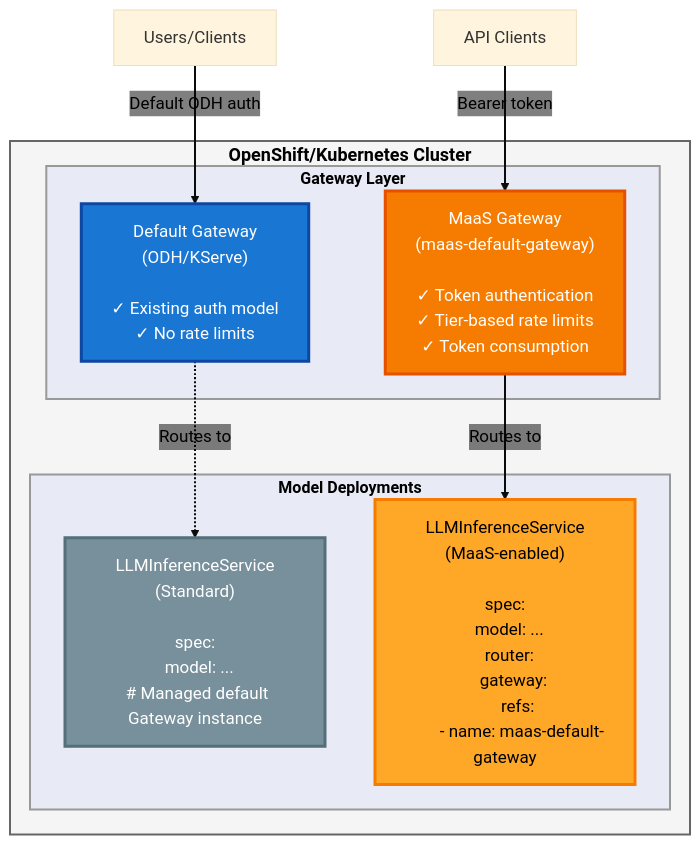
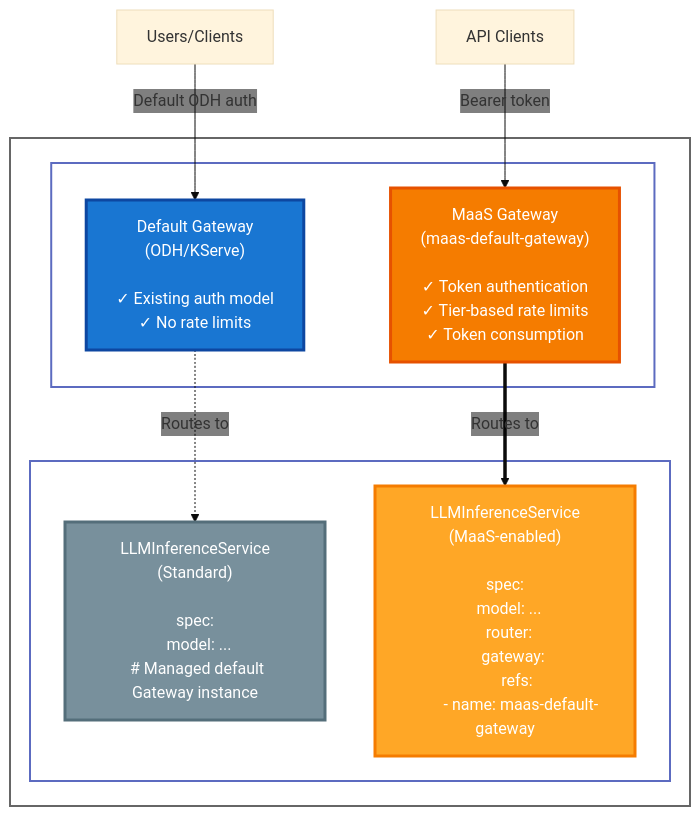
The diagram in docs/content/configuration-and-management/model-setup.md (opendatahub-io/maas-billing), drawn with Mermaid before and after one commit.

Commit message:
Address comments

````diff
--- a/docs/content/configuration-and-management/model-setup.md
+++ b/docs/content/configuration-and-management/model-setup.md
@@ -9,33 +9,29 @@
 ```mermaid
-%%{init: {'theme':'base', 'themeVariables': { 'fontSize':'17px', 'fontFamily':'system-ui, -apple-system, sans-serif', 'clusterBkg':'#f5f5f5', 'clusterBorder':'#666', 'edgeLabelBackground':'transparent', 'labelBackground':'transparent', 'tertiaryColor':'transparent'}}}%%
+%%{init: {'theme':'base', 'themeVariables': { 'fontSize':'16px', 'fontFamily':'system-ui, -apple-system, sans-serif', 'edgeLabelBackground':'transparent', 'labelBackground':'transparent', 'tertiaryColor':'transparent'}}}%%
 graph TB
-    subgraph cluster["<span style='font-size:18px;font-weight:700;color:#000'>OpenShift/Kubernetes Cluster</span>"]
-        subgraph gateways["<span style='font-size:16px;font-weight:600;color:#000'>Gateway Layer</span>"]
+    subgraph cluster["OpenShift/K8s Cluster"]
+        subgraph gateways["Gateway Layer"]
             defaultGW["Default Gateway<br/>(ODH/KServe)<br/><br/>✓ Existing auth model<br/>✓ No rate limits<br/>"]
             maasGW["MaaS Gateway<br/>(maas-default-gateway)<br/><br/>✓ Token authentication<br/>✓ Tier-based rate limits<br/>✓ Token consumption "]
         end
 
-        subgraph models["<span style='font-size:16px;font-weight:600;color:#000'>Model Deployments</span>"]
+        subgraph models["Model Deployments"]
             standardModel["LLMInferenceService<br/>(Standard)<br/><br/>spec:<br/>  model: ...<br/>  # Managed default Gateway instance"]
             maasModel["LLMInferenceService<br/>(MaaS-enabled)<br/><br/>spec:<br/>  model: ...<br/>  router:<br/>    gateway:<br/>      refs:<br/>        - name: maas-default-gateway"]
         end
 
         defaultGW -.->|Routes to| standardModel
         maasGW ==>|Routes to| maasModel
     end
 
     users["Users/Clients"] -->|Default ODH auth| defaultGW
     apiUsers["API Clients"] -->|Bearer token| maasGW
 
     style defaultGW fill:#1976d2,stroke:#0d47a1,stroke-width:3px,color:#fff
     style maasGW fill:#f57c00,stroke:#e65100,stroke-width:3px,color:#fff
     style standardModel fill:#78909c,stroke:#546e7a,stroke-width:3px,color:#fff
-    style maasModel fill:#ffa726,stroke:#f57c00,stroke-width:3px,color:#000
-    style cluster fill:#f5f5f5,stroke:#666,stroke-width:2px
-    style gateways fill:#e8eaf6,stroke:#999,stroke-width:2px
-    style models fill:#e8eaf6,stroke:#999,stroke-width:2px
-    linkStyle 0 stroke-width:2px,color:#000
-    linkStyle 1 stroke-width:2px,color:#000
-    linkStyle 2 stroke-width:2px,color:#000
-    linkStyle 3 stroke-width:2px,color:#000
+    style maasModel fill:#ffa726,stroke:#f57c00,stroke-width:3px,color:#fff
+    style cluster fill:none,stroke:#666,stroke-width:2px
+    style gateways fill:none,stroke:#5c6bc0,stroke-width:2px
+    style models fill:none,stroke:#5c6bc0,stroke-width:2px
 ```
````
